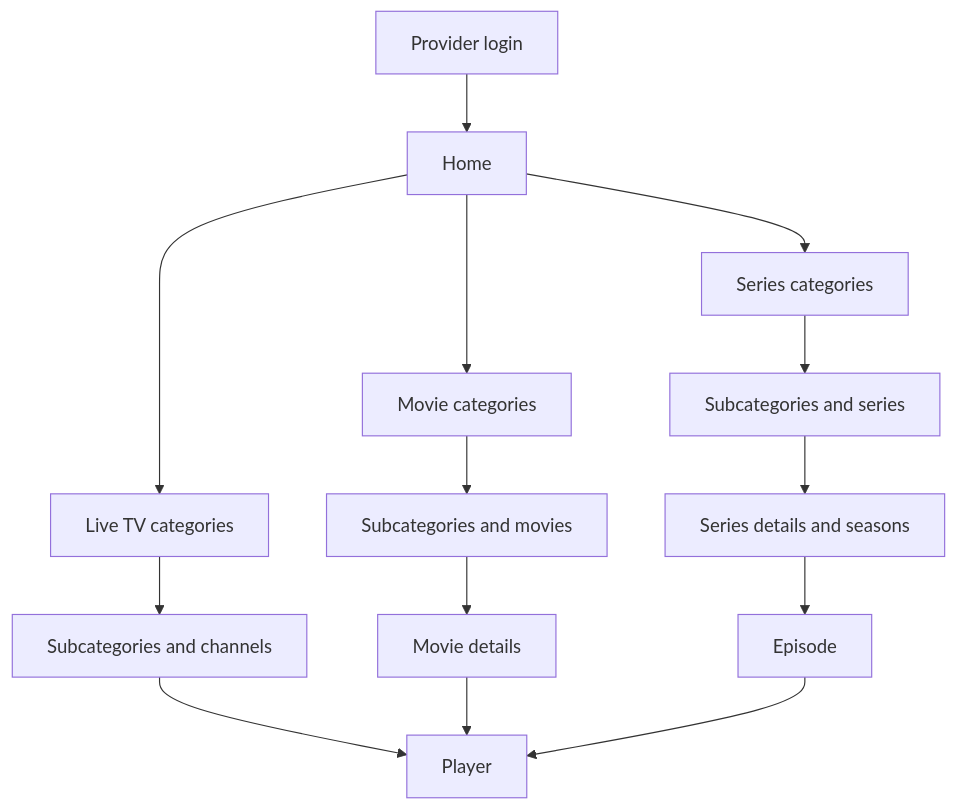
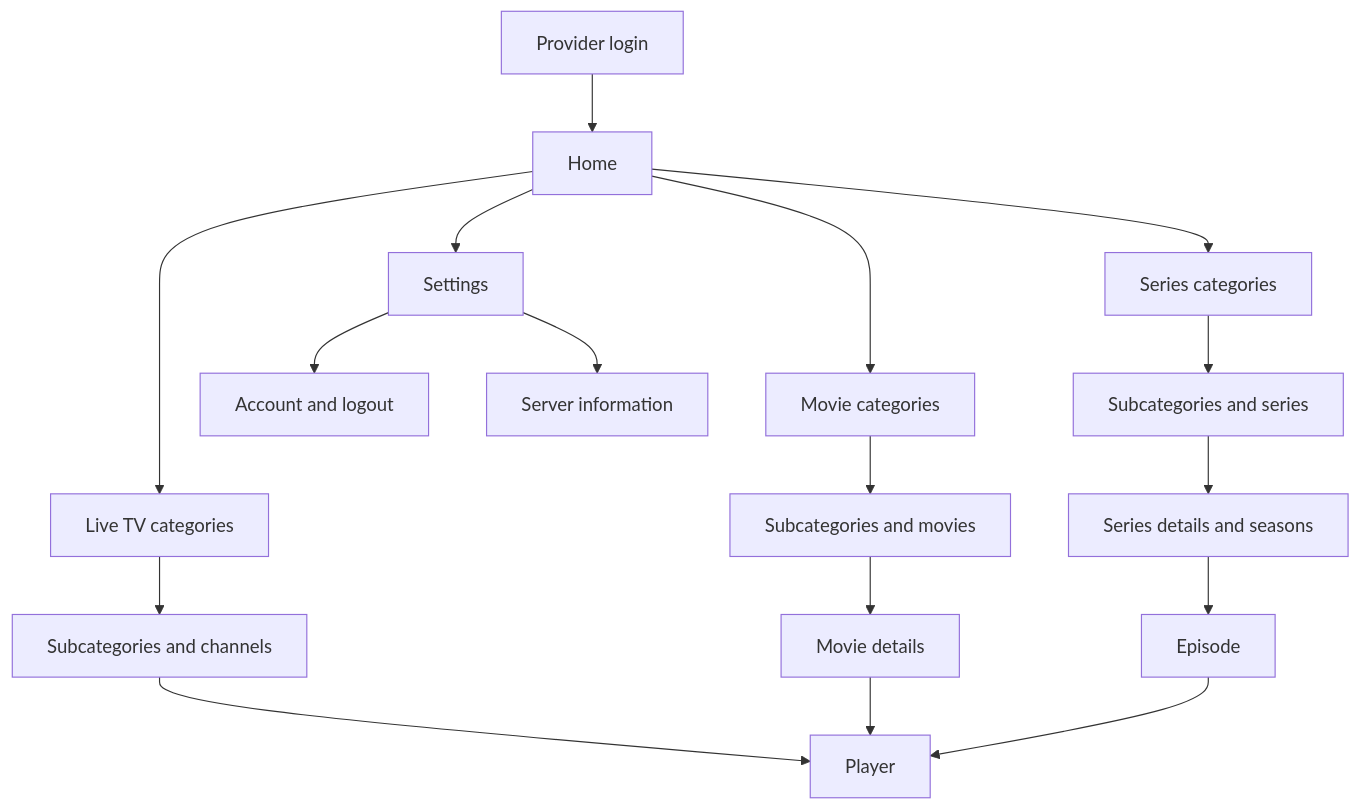
One commit to AntoCanza/iptv-receiver changed the second of 2 diagrams in docs/ARCHITECTURE.md. Above: the diagram before and after it, drawn with Mermaid. The commit also changed other lines of this file and 102 other files, not shown here.

````diff
--- a/docs/ARCHITECTURE.md
+++ b/docs/ARCHITECTURE.md
@@ -38,16 +44,19 @@
 ```mermaid
 flowchart TD
     Login[Provider login] --> Home[Home]
     Home --> Live[Live TV categories]
     Home --> Movies[Movie categories]
     Home --> Series[Series categories]
+    Home --> Settings[Settings]
+    Settings --> Account[Account and logout]
+    Settings --> ServerInfo[Server information]
     Live --> Channels[Subcategories and channels]
     Movies --> Titles[Subcategories and movies]
     Series --> Shows[Subcategories and series]
     Channels --> Player[Player]
     Titles --> Movie[Movie details]
     Movie --> Player
     Shows --> Seasons[Series details and seasons]
     Seasons --> Episodes[Episode]
     Episodes --> Player
 ```
````
